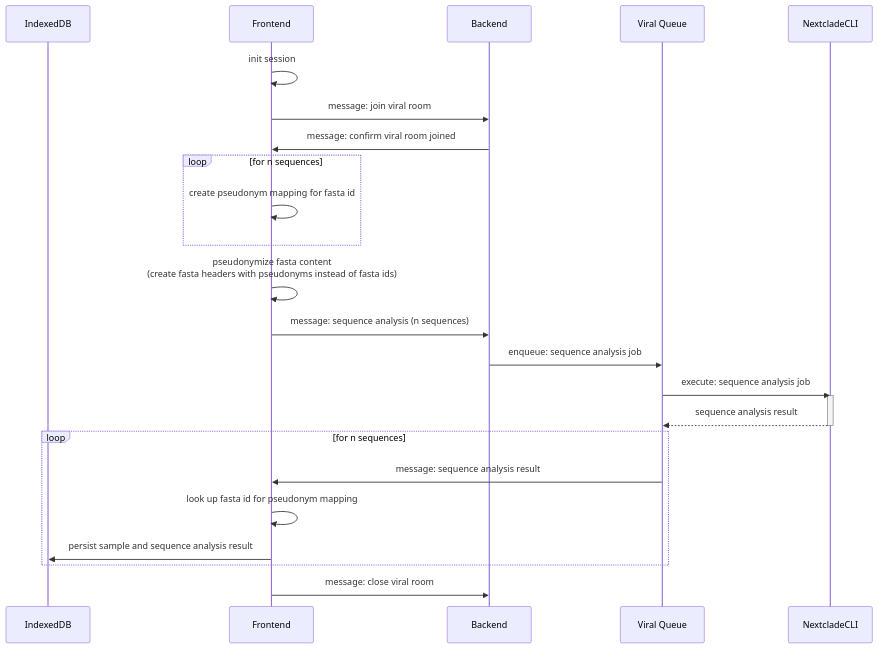
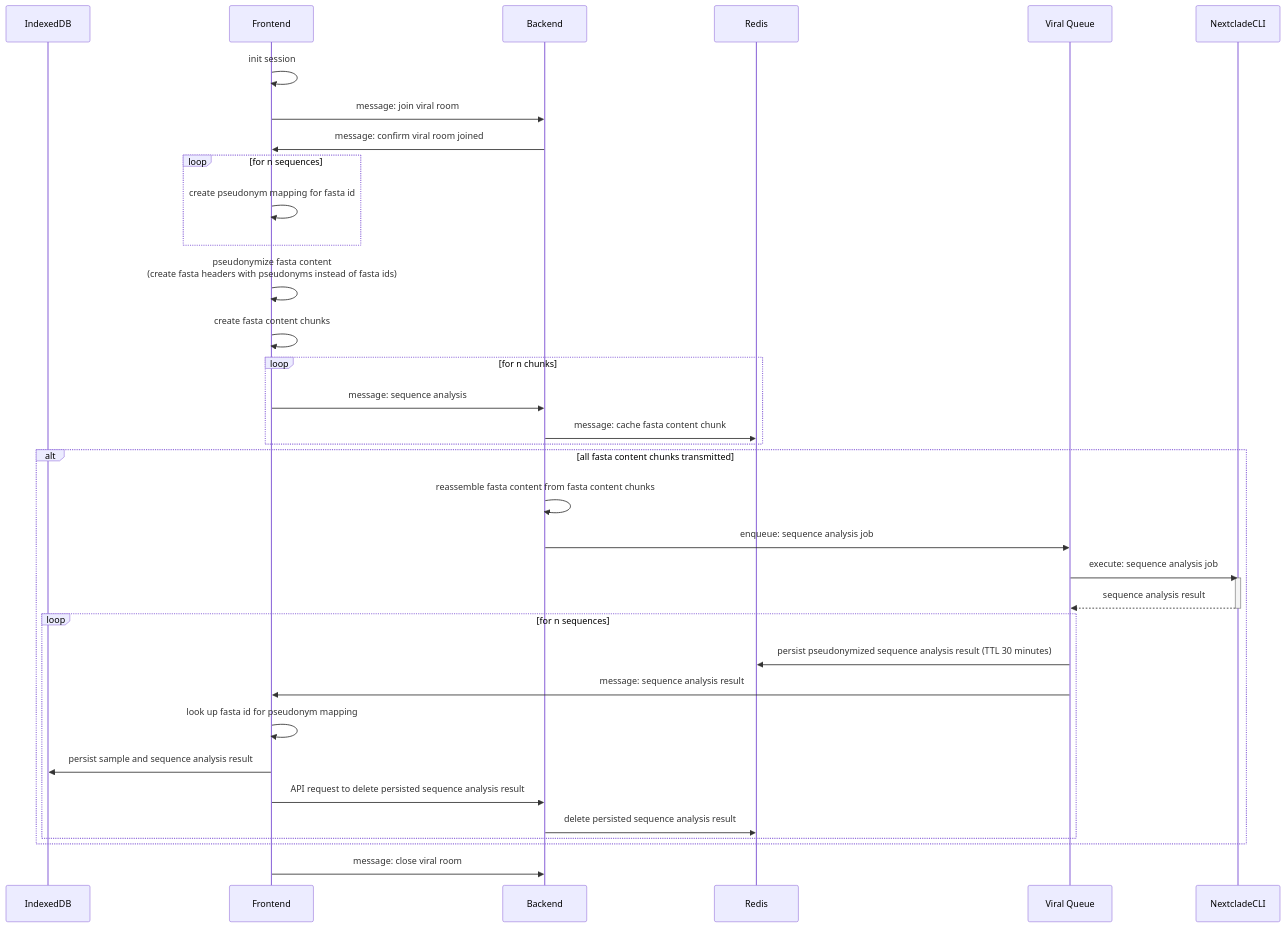
Before and after one commit to DiltheyLab/GENTRAIN: the first of 14 diagrams in documentation/docs/developers/genomic_operations.md, drawn with Mermaid. The commit also changed other lines of this file, not shown here.

Commit message:
docs: adjust uml sequence diagram for sequence analysis

````diff
--- a/documentation/docs/developers/genomic_operations.md
+++ b/documentation/docs/developers/genomic_operations.md
@@ -20,27 +20,38 @@
 ```mermaid
 sequenceDiagram
     participant IndexedDB
     participant Frontend
     participant Backend
+    participant Redis
     participant Viral Queue
     participant NextcladeCLI
     Frontend->>Frontend: init session
     Frontend->>Backend: message: join viral room
     Backend->>Frontend: message: confirm viral room joined
     loop for n sequences
         Frontend->>Frontend: create pseudonym mapping for fasta id
     end
     Frontend->>Frontend: pseudonymize fasta content<br/>(create fasta headers with pseudonyms instead of fasta ids)
-    Frontend->>Backend: message: sequence analysis (n sequences)
-    Backend->>Viral Queue: enqueue: sequence analysis job
-    Viral Queue->>NextcladeCLI: execute: sequence analysis job
-    activate NextcladeCLI
-    NextcladeCLI-->>Viral Queue: sequence analysis result
-    deactivate NextcladeCLI
-    loop for n sequences
-        Viral Queue->>Frontend: message: sequence analysis result
-        Frontend->>Frontend: look up fasta id for pseudonym mapping
-        Frontend->>IndexedDB: persist sample and sequence analysis result
+    Frontend->>Frontend: create fasta content chunks
+    loop for n chunks
+        Frontend->>Backend: message: sequence analysis
+        Backend->>Redis: message: cache fasta content chunk
+    end
+    alt all fasta content chunks transmitted
+        Backend->>Backend: reassemble fasta content from fasta content chunks
+        Backend->>Viral Queue: enqueue: sequence analysis job
+        Viral Queue->>NextcladeCLI: execute: sequence analysis job
+        activate NextcladeCLI
+        NextcladeCLI-->>Viral Queue: sequence analysis result
+        deactivate NextcladeCLI
+        loop for n sequences
+            Viral Queue->>Redis: persist pseudonymized sequence analysis result (TTL 30 minutes)
+            Viral Queue->>Frontend: message: sequence analysis result
+            Frontend->>Frontend: look up fasta id for pseudonym mapping
+            Frontend->>IndexedDB: persist sample and sequence analysis result
+            Frontend->>Backend: API request to delete persisted sequence analysis result
+            Backend->>Redis: delete persisted sequence analysis result
+        end
     end
     Frontend->>Backend: message: close viral room
 ```
````
